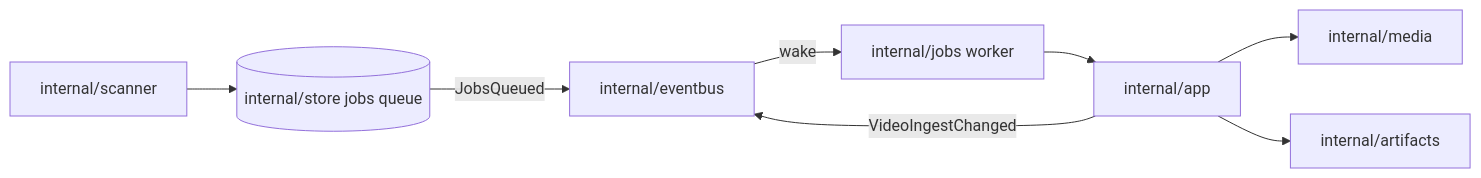
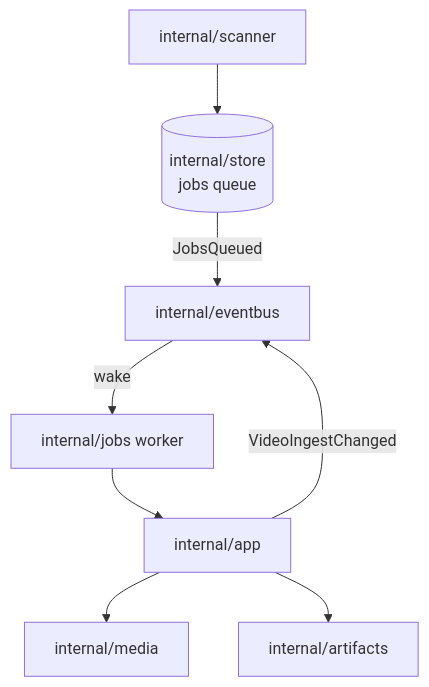
One commit to syudead/vv changed the first of 2 diagrams in ARCHITECTURE.md. Above: the diagram before and after it, drawn with Mermaid. The commit also changed other lines of this file and 3 other files, not shown here.

First line of the commit message:
Lay out Mermaid diagrams top-down so they stay readable

````diff
--- a/ARCHITECTURE.md
+++ b/ARCHITECTURE.md
@@ -168,10 +168,10 @@
 ```mermaid
-flowchart LR
-  scanner[internal/scanner] --> store[(internal/store jobs queue)]
+flowchart TD
+  scanner[internal/scanner] --> store[("internal/store<br/>jobs queue")]
   store -->|JobsQueued| bus[internal/eventbus]
   bus -->|wake| worker[internal/jobs worker]
   worker --> app[internal/app]
   app --> media[internal/media]
   app --> artifacts[internal/artifacts]
   app -->|VideoIngestChanged| bus
 ```
````
